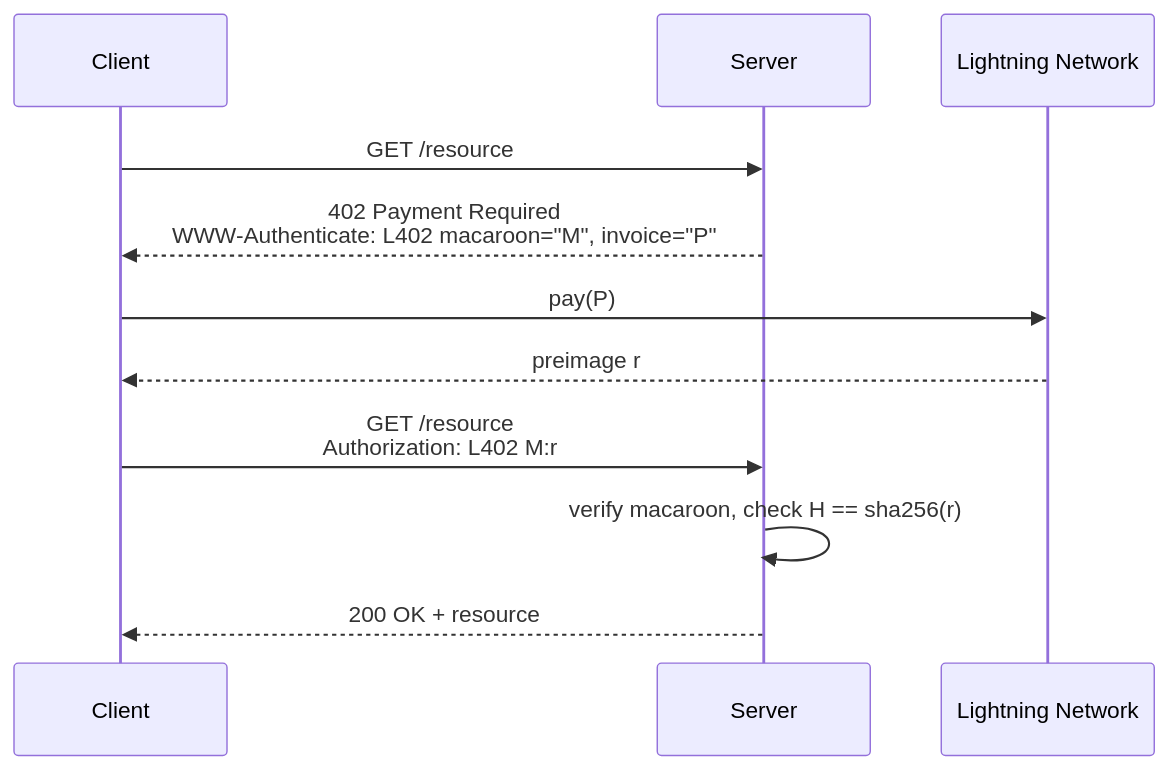
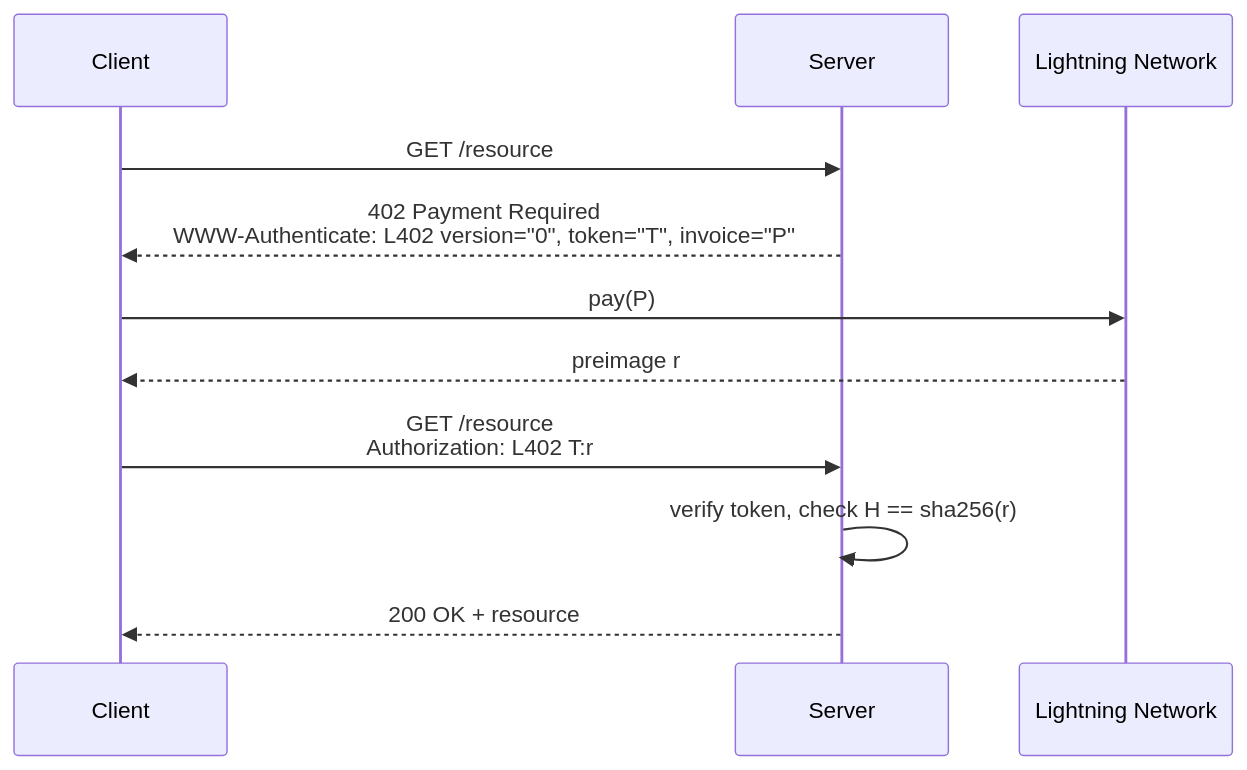
The diagram in protocol-specification.md (lightninglabs/L402), drawn with Mermaid before and after one commit. The commit also changed other lines of this file and 5 other files, not shown here.

````diff
--- a/protocol-specification.md
+++ b/protocol-specification.md
@@ -62,14 +71,14 @@
 ```mermaid
 sequenceDiagram
     participant C as Client
     participant S as Server
     participant LN as Lightning Network
 
     C->>S: GET /resource
-    S-->>C: 402 Payment Required<br/>WWW-Authenticate: L402 macaroon="M", invoice="P"
+    S-->>C: 402 Payment Required<br/>WWW-Authenticate: L402 version="0", token="T", invoice="P"
     C->>LN: pay(P)
     LN-->>C: preimage r
-    C->>S: GET /resource<br/>Authorization: L402 M:r
-    S->>S: verify macaroon, check H == sha256(r)
+    C->>S: GET /resource<br/>Authorization: L402 T:r
+    S->>S: verify token, check H == sha256(r)
     S-->>C: 200 OK + resource
 ```
````
